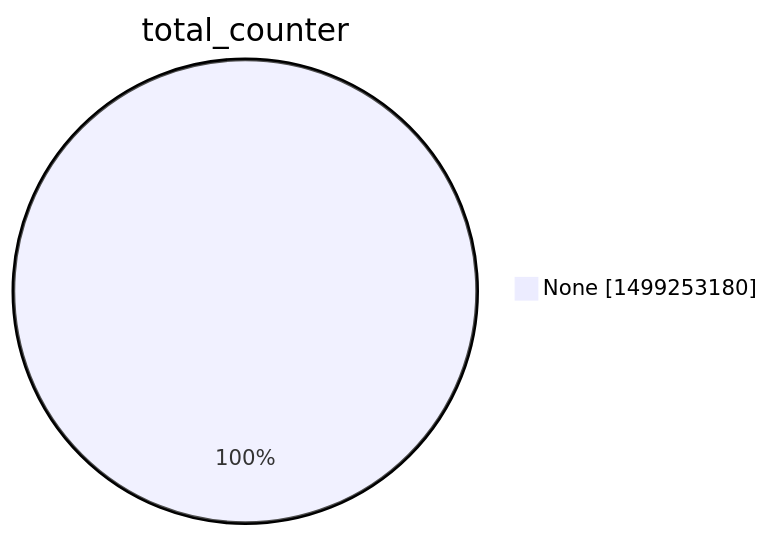
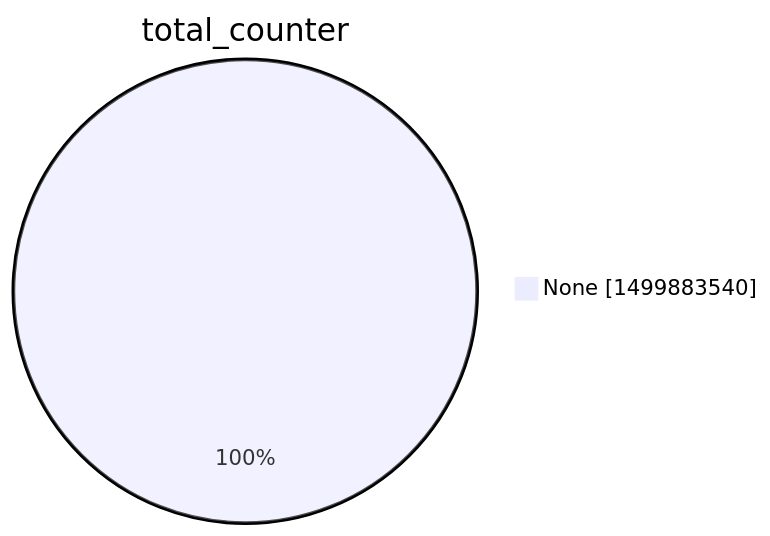
The second of 15 diagrams in argon2022/README.md (christiankrug/ctmonitor_visualization), drawn with Mermaid before and after one commit. The commit also changed other lines of this file, not shown here.

````diff
--- a/argon2022/README.md
+++ b/argon2022/README.md
@@ -9,5 +9,5 @@
 ```mermaid
 pie showData
 title total_counter
-"None" :1499253180
+"None" :1499883540
 ```
````
